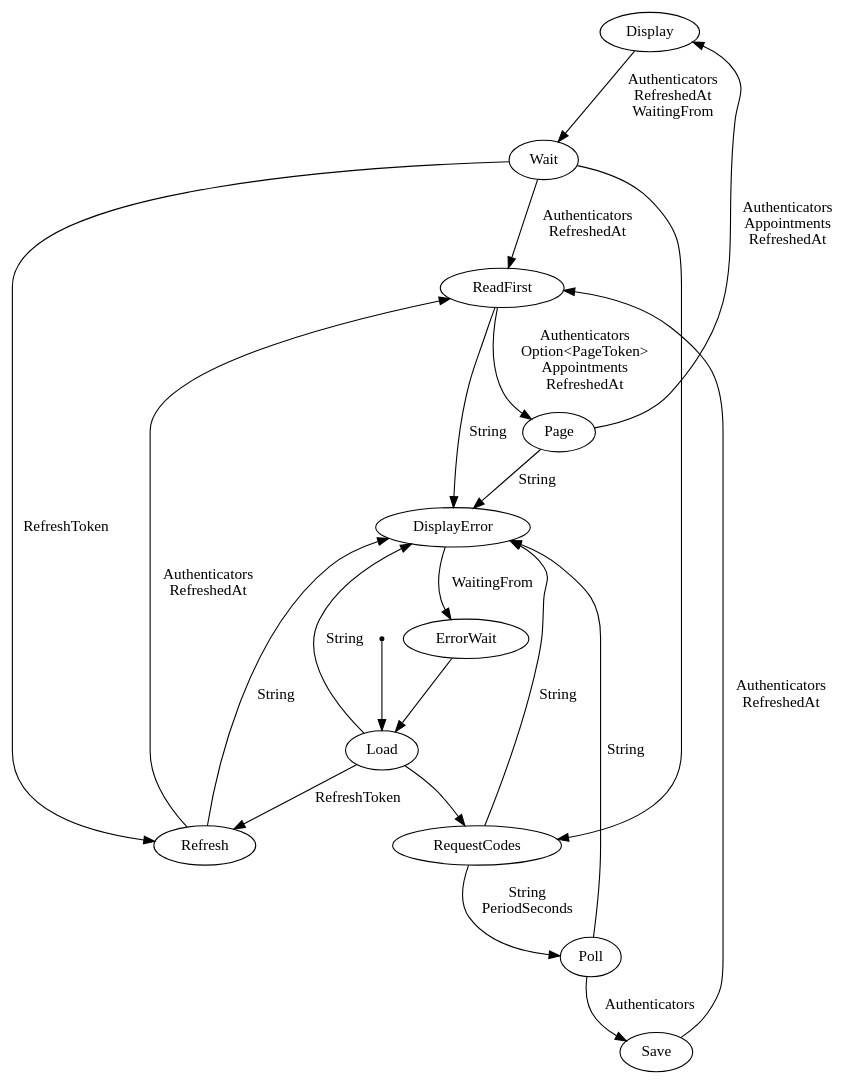
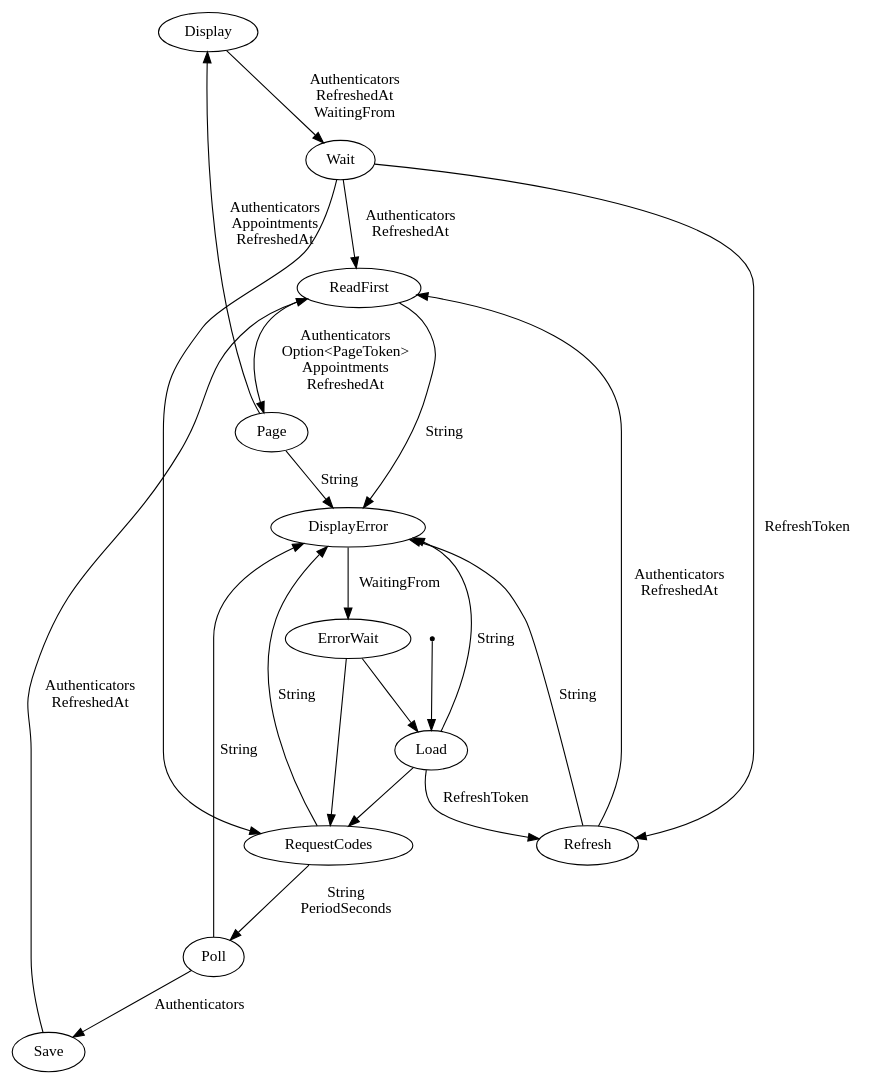
One commit to kieranjwhite/calendar_mirror changed the diagram in docs/cal_machine.dot. Above: the diagram before and after it, drawn with Graphviz. The commit also changed 3 other files, not shown here.

```diff
--- a/docs/cal_machine.dot
+++ b/docs/cal_machine.dot
@@ -1,35 +1,36 @@
 digraph cal_stm {
     Display[label="Display"][shape="ellipse"];
     DisplayError[label="DisplayError"][shape="ellipse"];
     ErrorWait[label="ErrorWait"][shape="ellipse"];
     Load[label="Load"][shape="ellipse"];
     Page[label="Page"][shape="ellipse"];
     Poll[label="Poll"][shape="ellipse"];
     ReadFirst[label="ReadFirst"][shape="ellipse"];
     Refresh[label="Refresh"][shape="ellipse"];
     RequestCodes[label="RequestCodes"][shape="ellipse"];
     Save[label="Save"][shape="ellipse"];
     Wait[label="Wait"][shape="ellipse"];
     _start[label="_start"][shape="point"];
     _start -> Load[label=""];
     ErrorWait -> Load[label=""];
     DisplayError -> ErrorWait[label="WaitingFrom\n"];
+    ErrorWait -> RequestCodes[label=""];
     Load -> RequestCodes[label=""];
     Wait -> RequestCodes[label=""];
     Load -> Refresh[label="RefreshToken\n"];
     Wait -> Refresh[label="RefreshToken\n"];
     Refresh -> ReadFirst[label="Authenticators\nRefreshedAt\n"];
     Save -> ReadFirst[label="Authenticators\nRefreshedAt\n"];
     Wait -> ReadFirst[label="Authenticators\nRefreshedAt\n"];
     RequestCodes -> Poll[label="String\nPeriodSeconds\n"];
     Load -> DisplayError[label="String\n"];
     Page -> DisplayError[label="String\n"];
     Poll -> DisplayError[label="String\n"];
     ReadFirst -> DisplayError[label="String\n"];
     Refresh -> DisplayError[label="String\n"];
     RequestCodes -> DisplayError[label="String\n"];
     Poll -> Save[label="Authenticators\n"];
     ReadFirst -> Page[label="Authenticators\nOption<PageToken>\nAppointments\nRefreshedAt\n"];
     Page -> Display[label="Authenticators\nAppointments\nRefreshedAt\n"];
     Display -> Wait[label="Authenticators\nRefreshedAt\nWaitingFrom\n"];
 }
```
